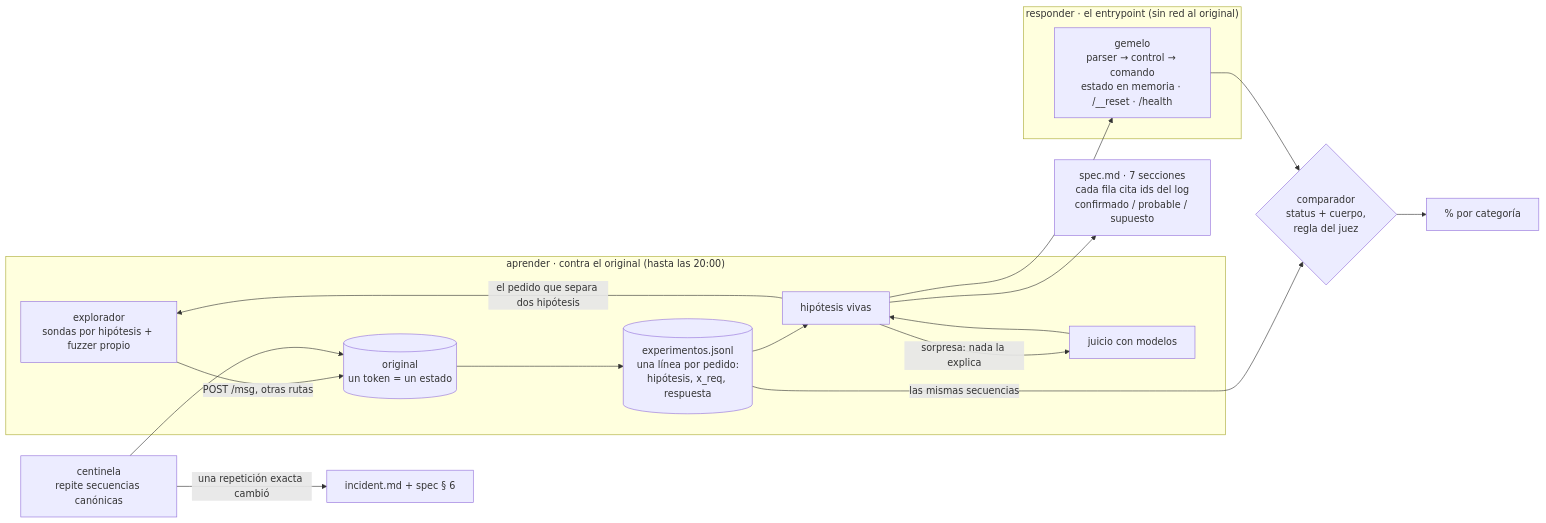
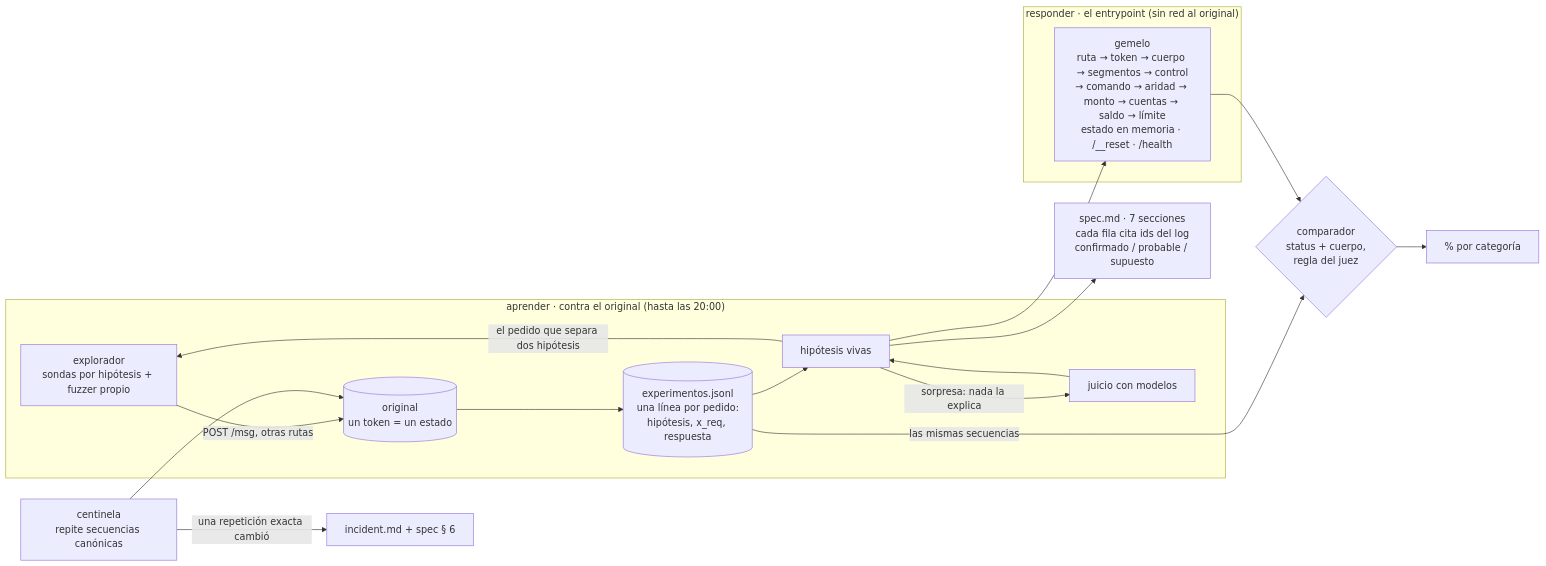
The diagram in DISENO.md (rominapitronello/frontier-bog26-caja-negra), drawn with Mermaid before and after one commit. The commit also changed other lines of this file and 4 other files, not shown here.

````diff
--- a/DISENO.md
+++ b/DISENO.md
@@ -25,20 +42,20 @@
 ```mermaid
 flowchart LR
   subgraph aprender["aprender · contra el original (hasta las 20:00)"]
     EX[explorador<br/>sondas por hipótesis + fuzzer propio] -->|POST /msg, otras rutas| OR[(original<br/>un token = un estado)]
     OR --> LOG[(experimentos.jsonl<br/>una línea por pedido:<br/>hipótesis, x_req, respuesta)]
     LOG --> HI[hipótesis vivas]
     HI -->|el pedido que separa dos hipótesis| EX
     HI -->|sorpresa: nada la explica| LLM[juicio con modelos]
     LLM --> HI
   end
   HI --> SPEC[spec.md · 7 secciones<br/>cada fila cita ids del log<br/>confirmado / probable / supuesto]
   HI --> GE
   subgraph responder["responder · el entrypoint (sin red al original)"]
-    GE[gemelo<br/>parser → control → comando<br/>estado en memoria · /__reset · /health]
+    GE[gemelo<br/>ruta → token → cuerpo → segmentos → control<br/>→ comando → aridad → monto → cuentas → saldo → límite<br/>estado en memoria · /__reset · /health]
   end
   LOG -->|las mismas secuencias| CMP{comparador<br/>status + cuerpo,<br/>regla del juez}
   GE --> CMP --> MED[% por categoría]
   CEN[centinela<br/>repite secuencias canónicas] --> OR
   CEN -->|una repetición exacta cambió| INC[incident.md + spec § 6]
 ```
````
